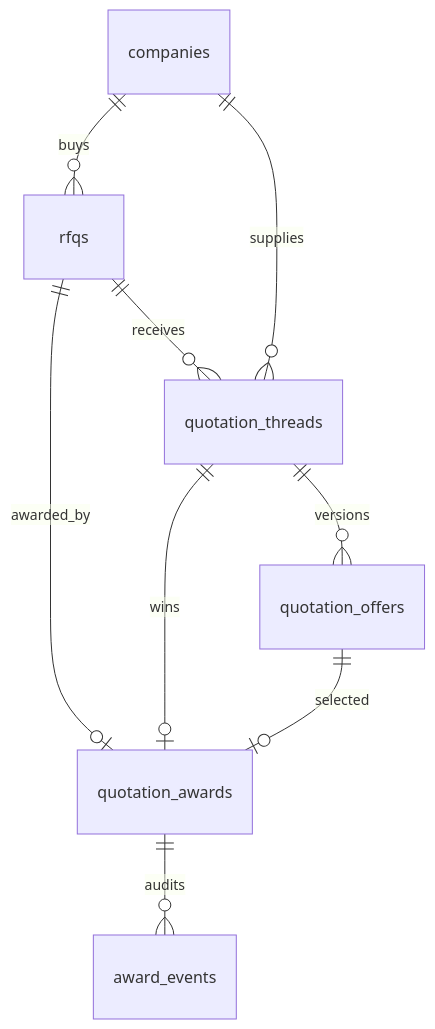
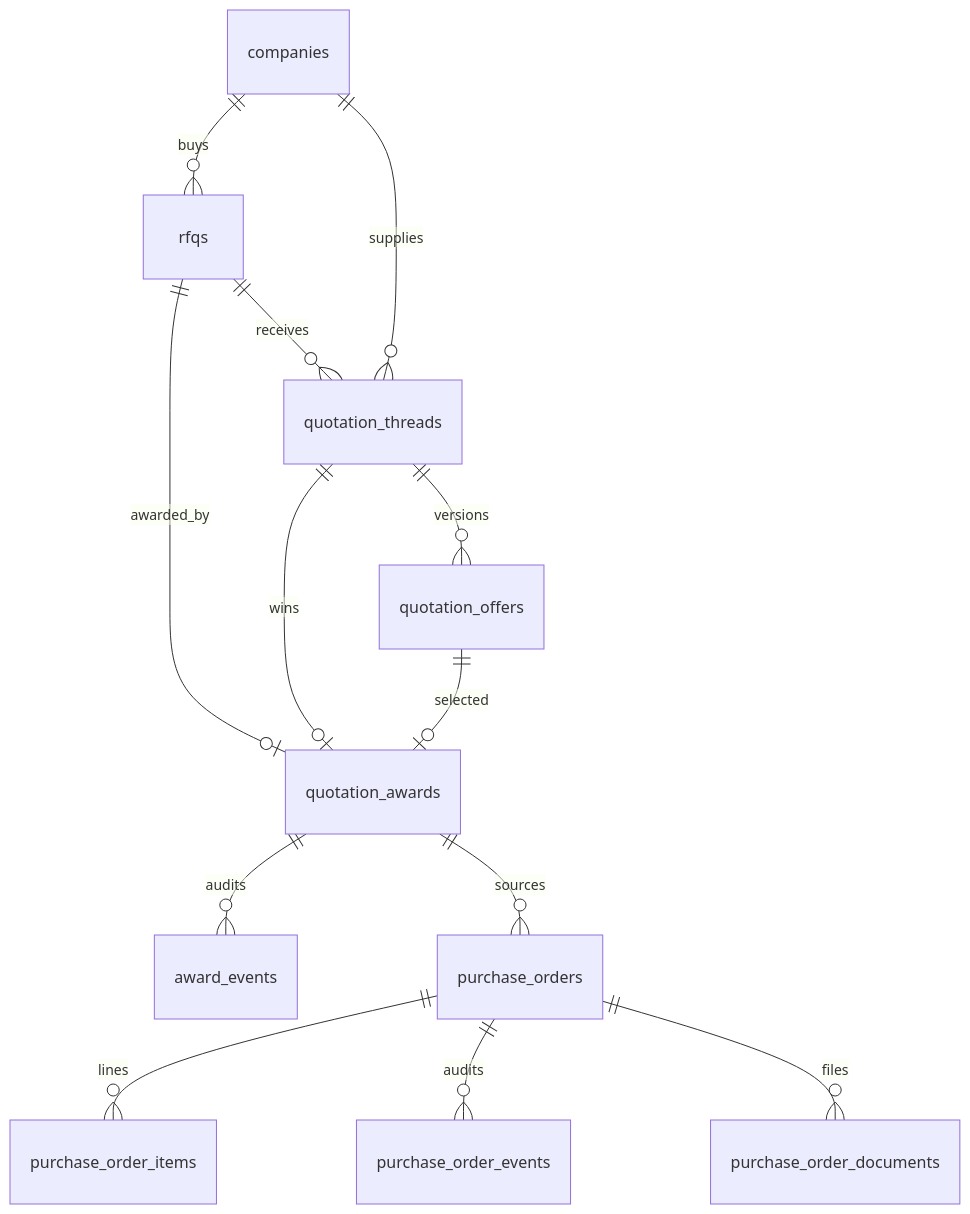
One commit to Amir4114/trade-grid-global changed the diagram in docs/architecture/DATABASE_SCHEMA.md. Above: the diagram before and after it, drawn with Mermaid. The commit also changed other lines of this file and 38 other files, not shown here.

Commit message:
Implement purchase order system

````diff
--- a/docs/architecture/DATABASE_SCHEMA.md
+++ b/docs/architecture/DATABASE_SCHEMA.md
@@ -421,11 +451,15 @@
 ```mermaid
 erDiagram
   companies ||--o{ rfqs : buys
   rfqs ||--o{ quotation_threads : receives
   companies ||--o{ quotation_threads : supplies
   quotation_threads ||--o{ quotation_offers : versions
   rfqs ||--o| quotation_awards : awarded_by
   quotation_threads ||--o| quotation_awards : wins
   quotation_offers ||--o| quotation_awards : selected
   quotation_awards ||--o{ award_events : audits
+  quotation_awards ||--o{ purchase_orders : sources
+  purchase_orders ||--o{ purchase_order_items : lines
+  purchase_orders ||--o{ purchase_order_events : audits
+  purchase_orders ||--o{ purchase_order_documents : files
 ```
````
